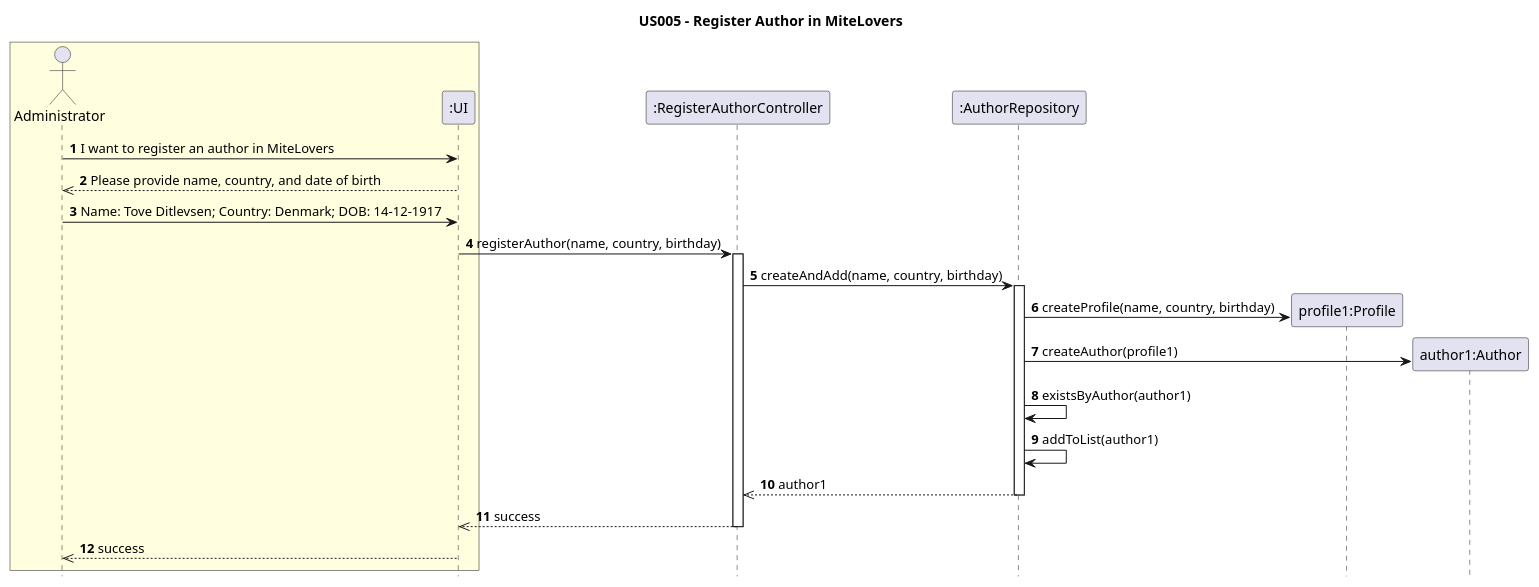
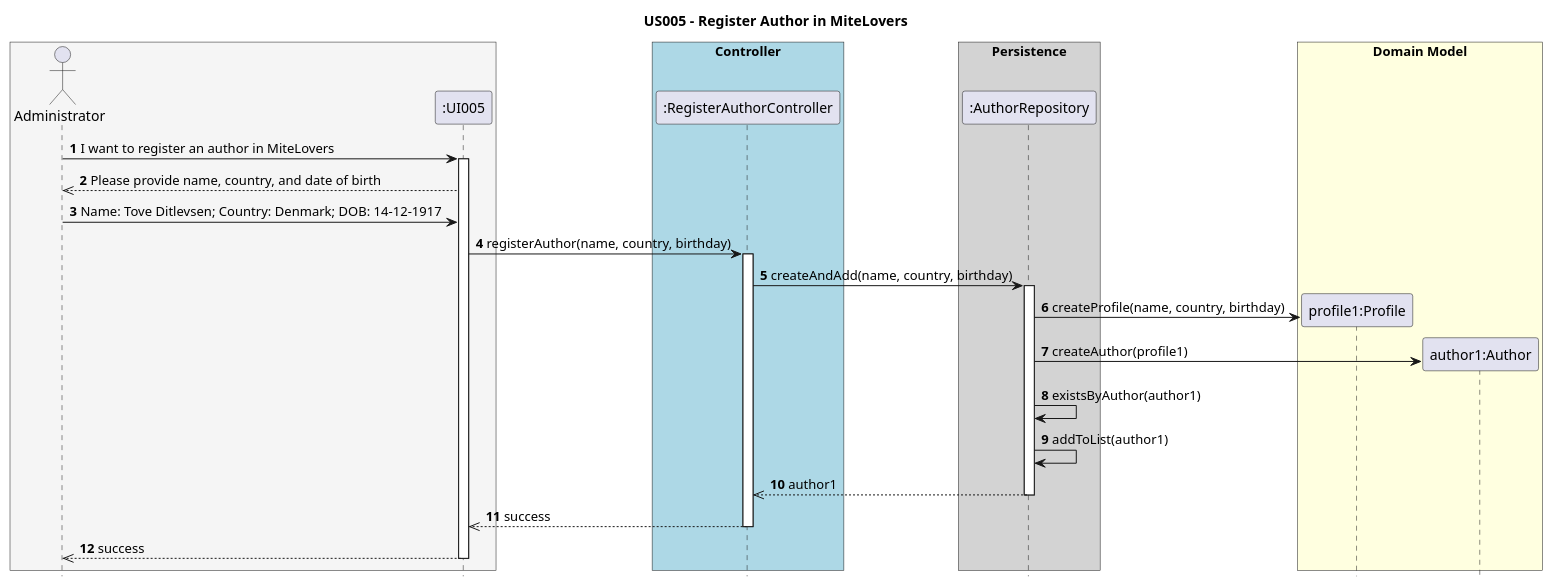
The diagram in Diagrams/SequenceDiagrams/N2/US005 -To-register-an-Author-in-MIteLovers.puml (AndrePereiraGitH/SWitCH-Project-Team_A), drawn with PlantUML before and after one commit. The commit also changed 1 other file, not shown here.

Commit message:
Working on #78, #79, #80, #81. Fix UML diagrams for US003 and US005

```diff
--- a/Diagrams/SequenceDiagrams/N2/US005 -To-register-an-Author-in-MIteLovers.puml
+++ b/Diagrams/SequenceDiagrams/N2/US005 -To-register-an-Author-in-MIteLovers.puml
@@ -1,41 +1,48 @@
 @startuml
 hide footbox
 title US005 - Register Author in MiteLovers
 
-box #LightYellow
+box #WhiteSmoke
 actor Administrator
-participant ":UI" as UI
+participant ":UI005" as UI
 end box
 
+box "Controller" #LightBlue
 participant ":RegisterAuthorController" as C
+end box
+
+box "Persistence" #LightGrey
 participant ":AuthorRepository" as R
+end box
 
 Administrator -> UI : **1** I want to register an author in MiteLovers
+activate UI
 UI -->> Administrator : **2** Please provide name, country, and date of birth
 Administrator -> UI : **3** Name: Tove Ditlevsen; Country: Denmark; DOB: 14-12-1917
 
 UI -> C : **4** registerAuthor(name, country, birthday)
 activate C
 
 C -> R : **5** createAndAdd(name, country, birthday)
 activate R
 
 
-
+box "Domain Model" #LightYellow
   create "profile1:Profile" as P
   R -> P : **6** createProfile(name, country, birthday)
 
   create "author1:Author" as A
   R -> A : **7** createAuthor(profile1)
   R -> R : **8** existsByAuthor(author1)
 
   R -> R : **9** addToList(author1)
 
   R -->> C : **10** author1
-
+end box
 deactivate R
 C -->> UI : **11** success
 deactivate C
 
 UI -->> Administrator : **12** success
+deactivate UI
 @enduml
```
